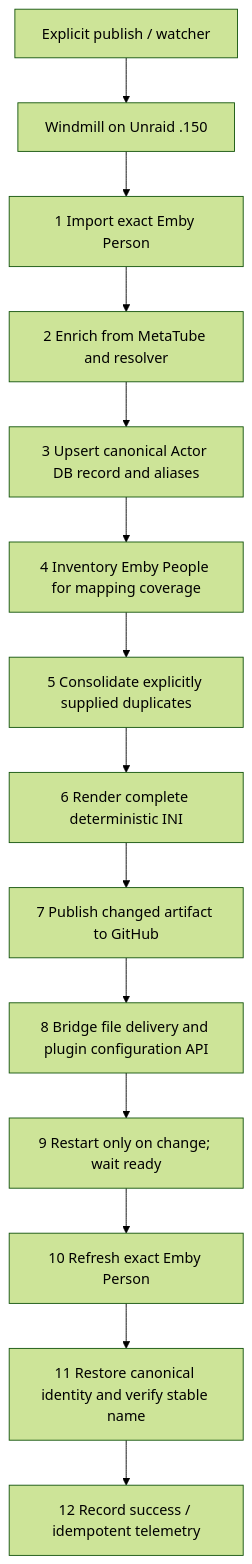
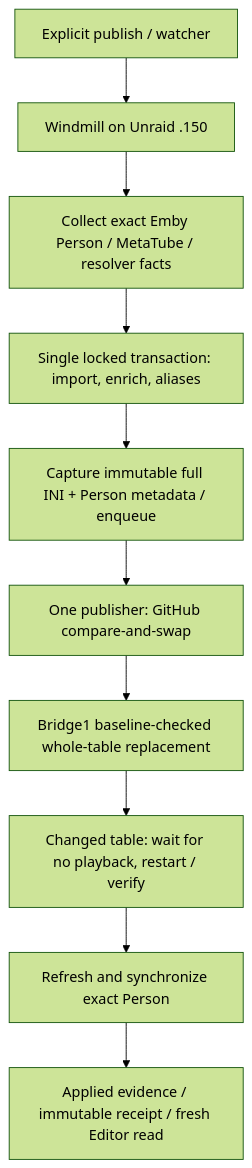
The third of 3 diagrams in docs/ACTOR_IDENTITY_SUBSTITUTION_FLOW.md (kinlshum/homelab_metatube-sdk-go), drawn with Mermaid (forest theme) before and after one commit. The commit also changed other lines of this file and 5 other files, not shown here.

````diff
--- a/docs/ACTOR_IDENTITY_SUBSTITUTION_FLOW.md
+++ b/docs/ACTOR_IDENTITY_SUBSTITUTION_FLOW.md
@@ -145,16 +178,12 @@
 ```mermaid
 flowchart TD
   T["Explicit publish / watcher"] --> W["Windmill on Unraid .150"]
-  W --> A["1 Import exact Emby Person"]
-  A --> B["2 Enrich from MetaTube and resolver"]
-  B --> DB["3 Upsert canonical Actor DB record and aliases"]
-  DB --> INV["4 Inventory Emby People for mapping coverage"]
-  INV --> DUP["5 Consolidate explicitly supplied duplicates"]
-  DUP --> INI["6 Render complete deterministic INI"]
-  INI --> GH["7 Publish changed artifact to GitHub"]
-  GH --> BR["8 Bridge file delivery and plugin configuration API"]
-  BR --> RE["9 Restart only on change; wait ready"]
-  RE --> RF["10 Refresh exact Emby Person"]
-  RF --> SY["11 Restore canonical identity and verify stable name"]
-  SY --> TEL["12 Record success / idempotent telemetry"]
+  W --> A["Collect exact Emby Person / MetaTube / resolver facts"]
+  A --> DB["Single locked transaction: import, enrich, aliases"]
+  DB --> INI["Capture immutable full INI + Person metadata / enqueue"]
+  INI --> GH["One publisher: GitHub compare-and-swap"]
+  GH --> BR["Bridge1 baseline-checked whole-table replacement"]
+  BR --> RE["Changed table: wait for no playback, restart / verify"]
+  RE --> RF["Refresh and synchronize exact Person"]
+  RF --> TEL["Applied evidence / immutable receipt / fresh Editor read"]
 ```
````
